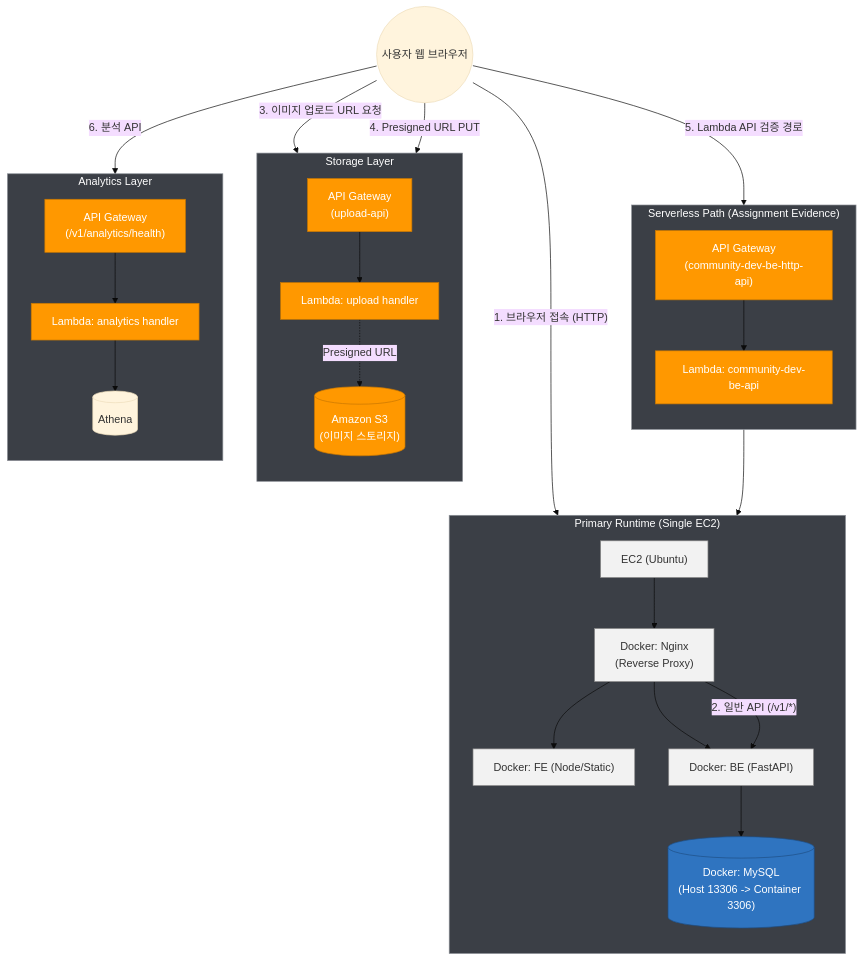
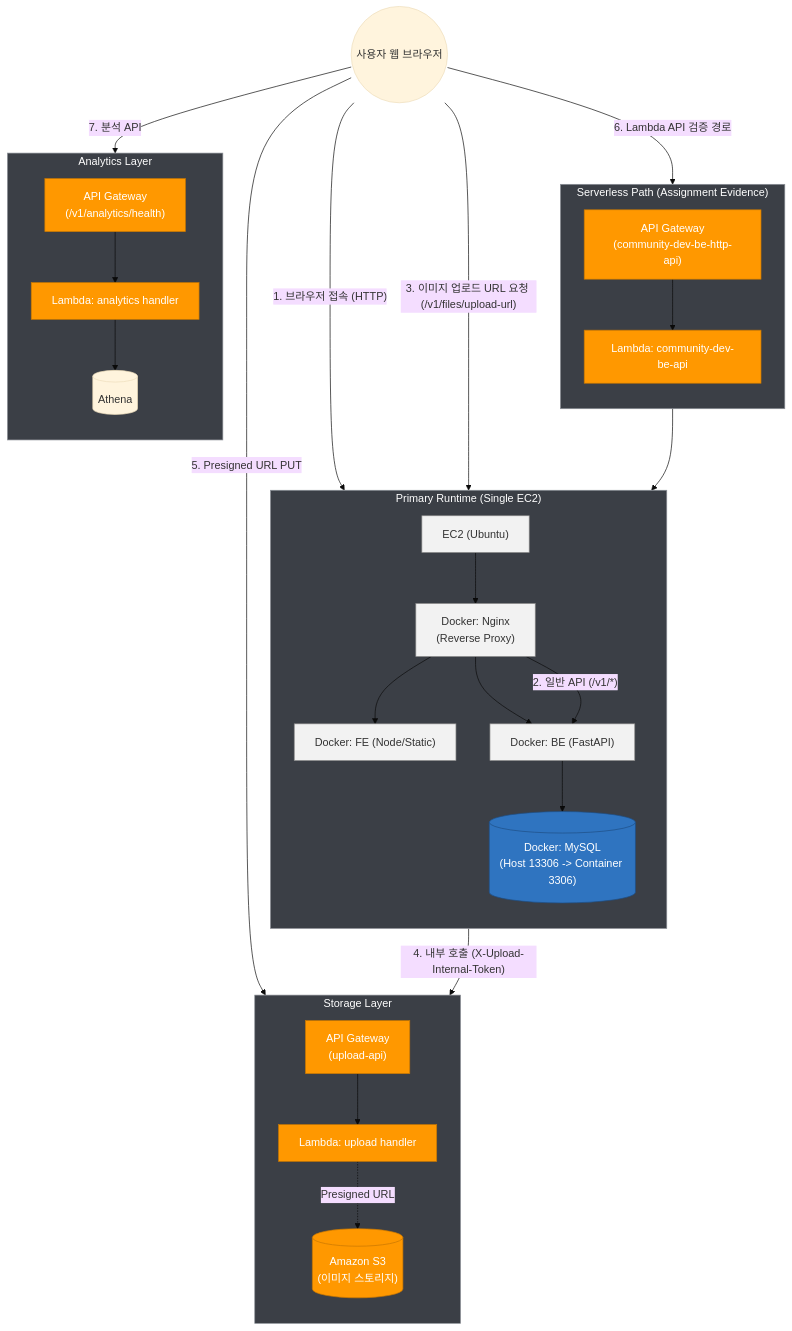
One commit to hahark-ops/2-junsu-community-be changed the first of 2 diagrams in docs/REPORT_NOTION_DRAFT.md. Above: the diagram before and after it, drawn with Mermaid (base theme). The commit also changed other lines of this file and 2 other files, not shown here.

````diff
--- a/docs/REPORT_NOTION_DRAFT.md
+++ b/docs/REPORT_NOTION_DRAFT.md
@@ -29,59 +29,60 @@
 ```mermaid
 flowchart TD
     U(("사용자 웹 브라우저"))
 
     subgraph EC2_LAYER["Primary Runtime (Single EC2)"]
     direction TB
     EC2["EC2 (Ubuntu)"]
     NG["Docker: Nginx<br/>(Reverse Proxy)"]
     FE["Docker: FE (Node/Static)"]
     BE["Docker: BE (FastAPI)"]
     MYSQL[("Docker: MySQL<br/>(Host 13306 -> Container 3306)")]
     EC2 --> NG
     NG --> FE
     NG --> BE
     BE --> MYSQL
     end
 
     subgraph SERVERLESS_LAYER["Serverless Path (Assignment Evidence)"]
     direction TB
     APIGW_BE["API Gateway<br/>(community-dev-be-http-api)"]
     LAMBDA_BE["Lambda: community-dev-be-api"]
     APIGW_BE --> LAMBDA_BE
     LAMBDA_BE --> MYSQL
     end
 
     subgraph STORAGE_LAYER["Storage Layer"]
     direction TB
     S3[("Amazon S3<br/>(이미지 스토리지)")]
     APIGW_UPLOAD["API Gateway<br/>(upload-api)"]
     LAMBDA_UPLOAD["Lambda: upload handler"]
     APIGW_UPLOAD --> LAMBDA_UPLOAD
     LAMBDA_UPLOAD -. Presigned URL .-> S3
     end
 
     subgraph ANALYTICS_LAYER["Analytics Layer"]
     direction TB
     APIGW_ANALYTICS["API Gateway<br/>(/v1/analytics/health)"]
     LAMBDA_ANALYTICS["Lambda: analytics handler"]
     ATHENA[("Athena")]
     APIGW_ANALYTICS --> LAMBDA_ANALYTICS --> ATHENA
     end
 
     U -->|"1. 브라우저 접속 (HTTP)"| NG
     NG -->|"2. 일반 API (/v1/*)"| BE
-    U -->|"3. 이미지 업로드 URL 요청"| APIGW_UPLOAD
-    U -->|"4. Presigned URL PUT"| S3
-    U -->|"5. Lambda API 검증 경로"| APIGW_BE
-    U -->|"6. 분석 API"| APIGW_ANALYTICS
+    U -->|"3. 이미지 업로드 URL 요청 (/v1/files/upload-url)"| BE
+    BE -->|"4. 내부 호출 (X-Upload-Internal-Token)"| APIGW_UPLOAD
+    U -->|"5. Presigned URL PUT"| S3
+    U -->|"6. Lambda API 검증 경로"| APIGW_BE
+    U -->|"7. 분석 API"| APIGW_ANALYTICS
 
     classDef layer fill:#3b3f46,stroke:#8b8f96,color:#ffffff;
     classDef orange fill:#ff9800,stroke:#c77700,color:#ffffff;
     classDef blue fill:#2f74c0,stroke:#1e4f85,color:#ffffff;
     classDef light fill:#f2f2f2,stroke:#888,color:#333;
 
     class EC2_LAYER,SERVERLESS_LAYER,STORAGE_LAYER,ANALYTICS_LAYER layer;
     class APIGW_BE,LAMBDA_BE,APIGW_UPLOAD,LAMBDA_UPLOAD,APIGW_ANALYTICS,LAMBDA_ANALYTICS,S3 orange;
     class MYSQL blue;
     class EC2,NG,FE,BE light;
 ```
````
